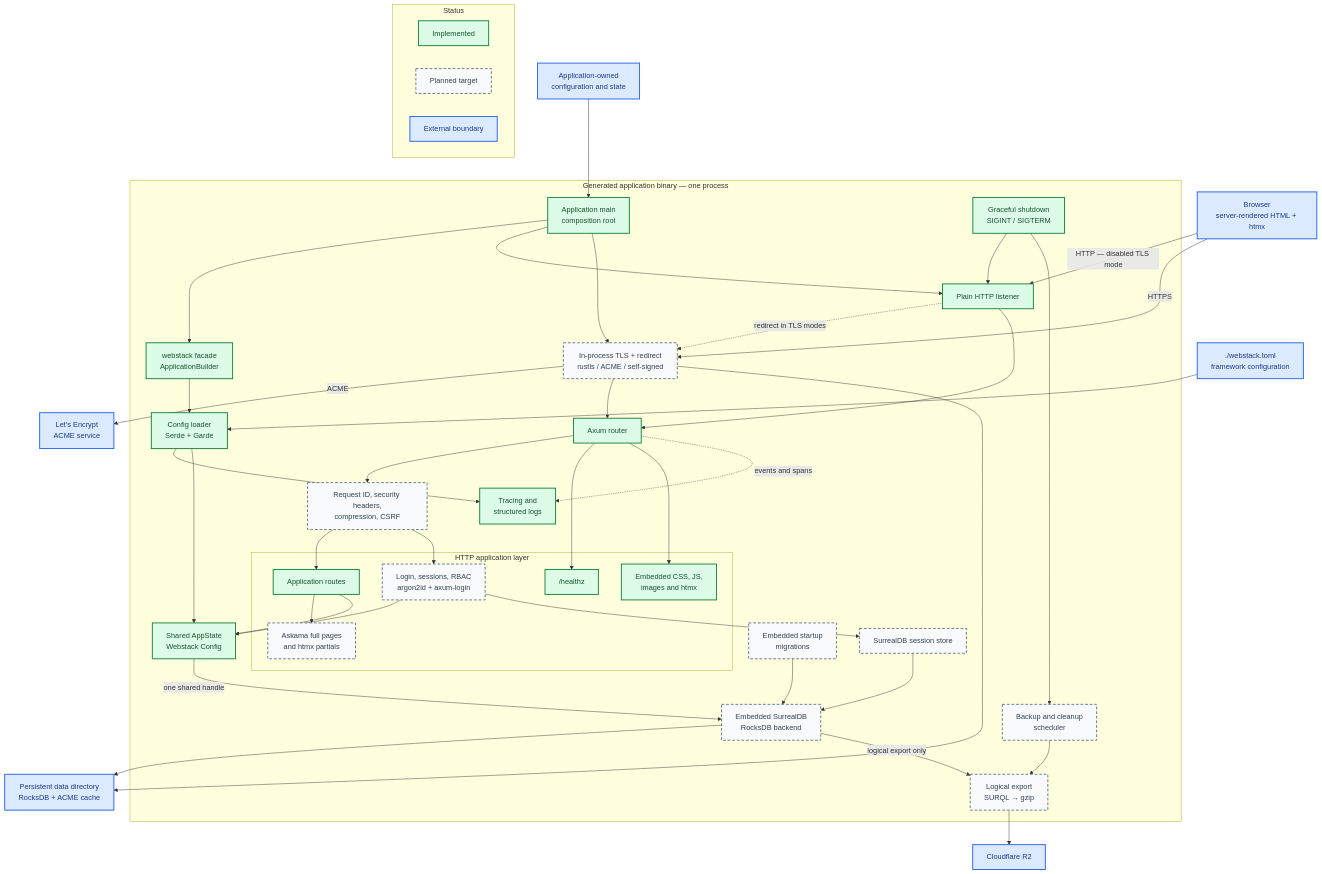
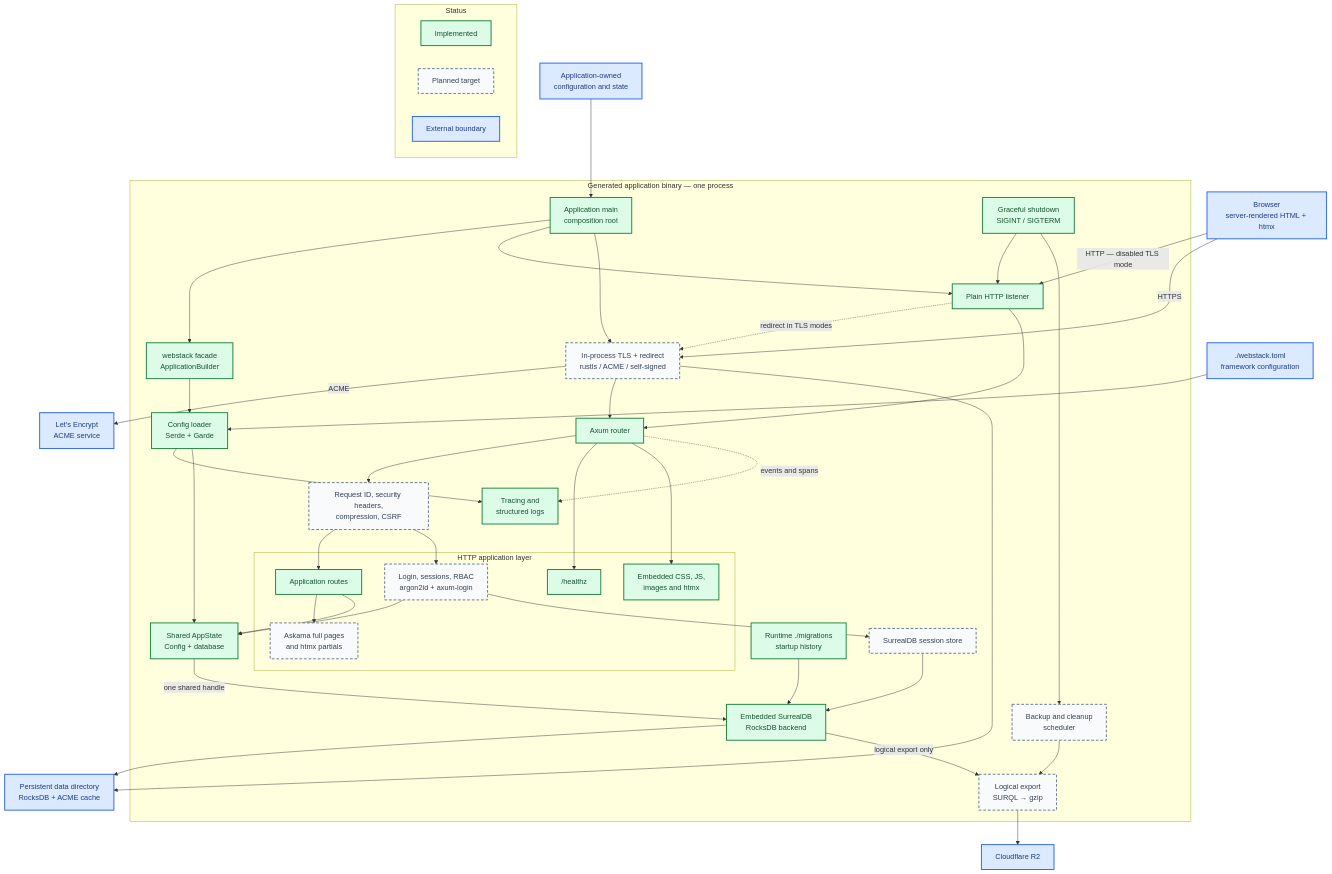
The diagram in docs/architecture.md (bwks/webstack), drawn with Mermaid before and after one commit. The commit also changed other lines of this file and 36 other files, not shown here.

````diff
--- a/docs/architecture.md
+++ b/docs/architecture.md
@@ -33,78 +35,78 @@
 ```mermaid
 flowchart TB
     subgraph Legend["Status"]
         ImplementedLegend["Implemented"]:::implemented
         PlannedLegend["Planned target"]:::planned
         ExternalLegend["External boundary"]:::external
     end
 
     Browser["Browser<br/>server-rendered HTML + htmx"]:::external
     LetsEncrypt["Let's Encrypt<br/>ACME service"]:::external
     R2["Cloudflare R2"]:::external
     WebstackConfig["./webstack.toml<br/>framework configuration"]:::external
     AppConfig["Application-owned<br/>configuration and state"]:::external
     DataDir["Persistent data directory<br/>RocksDB + ACME cache"]:::external
 
     subgraph Binary["Generated application binary — one process"]
         Main["Application main<br/>composition root"]:::implemented
         Facade["webstack facade<br/>ApplicationBuilder"]:::implemented
         Config["Config loader<br/>Serde + Garde"]:::implemented
         Observability["Tracing and<br/>structured logs"]:::implemented
         Shutdown["Graceful shutdown<br/>SIGINT / SIGTERM"]:::implemented
 
         PlainHttp["Plain HTTP listener"]:::implemented
         Tls["In-process TLS + redirect<br/>rustls / ACME / self-signed"]:::planned
         Router["Axum router"]:::implemented
         Middleware["Request ID, security headers,<br/>compression, CSRF"]:::planned
 
         subgraph Http["HTTP application layer"]
             Health["/healthz"]:::implemented
             AppRoutes["Application routes"]:::implemented
             Auth["Login, sessions, RBAC<br/>argon2id + axum-login"]:::planned
             Views["Askama full pages<br/>and htmx partials"]:::planned
             Assets["Embedded CSS, JS,<br/>images and htmx"]:::implemented
         end
 
-        State["Shared AppState<br/>Webstack Config"]:::implemented
-        Database["Embedded SurrealDB<br/>RocksDB backend"]:::planned
-        Migrations["Embedded startup<br/>migrations"]:::planned
+        State["Shared AppState<br/>Config + database"]:::implemented
+        Database["Embedded SurrealDB<br/>RocksDB backend"]:::implemented
+        Migrations["Runtime ./migrations<br/>startup history"]:::implemented
         Sessions["SurrealDB session store"]:::planned
         Scheduler["Backup and cleanup<br/>scheduler"]:::planned
         Export["Logical export<br/>SURQL → gzip"]:::planned
     end
 
     WebstackConfig --> Config
     AppConfig --> Main
     Main --> Facade --> Config
     Config --> Observability
     Config --> State
     Main --> PlainHttp
     Main --> Tls
     Browser -->|HTTP — disabled TLS mode| PlainHttp
     Browser -->|HTTPS| Tls
     PlainHttp -.->|redirect in TLS modes| Tls
     Tls -->|ACME| LetsEncrypt
     PlainHttp --> Router
     Tls --> Router
     Router --> Middleware
     Router --> Health
     Middleware --> AppRoutes
     Middleware --> Auth
     AppRoutes --> Views
     Router --> Assets
     AppRoutes --> State
     Auth --> State
     Auth --> Sessions --> Database
     State -->|one shared handle| Database --> DataDir
     Migrations --> Database
     Tls --> DataDir
     Scheduler --> Export --> R2
     Database -->|logical export only| Export
     Router -.->|events and spans| Observability
     Shutdown --> PlainHttp
     Shutdown --> Scheduler
 
     classDef implemented fill:#dcfce7,stroke:#15803d,stroke-width:2px,color:#14532d
     classDef planned fill:#f8fafc,stroke:#64748b,stroke-width:2px,stroke-dasharray:6 4,color:#334155
     classDef external fill:#dbeafe,stroke:#2563eb,stroke-width:2px,color:#1e3a8a
 ```
````
